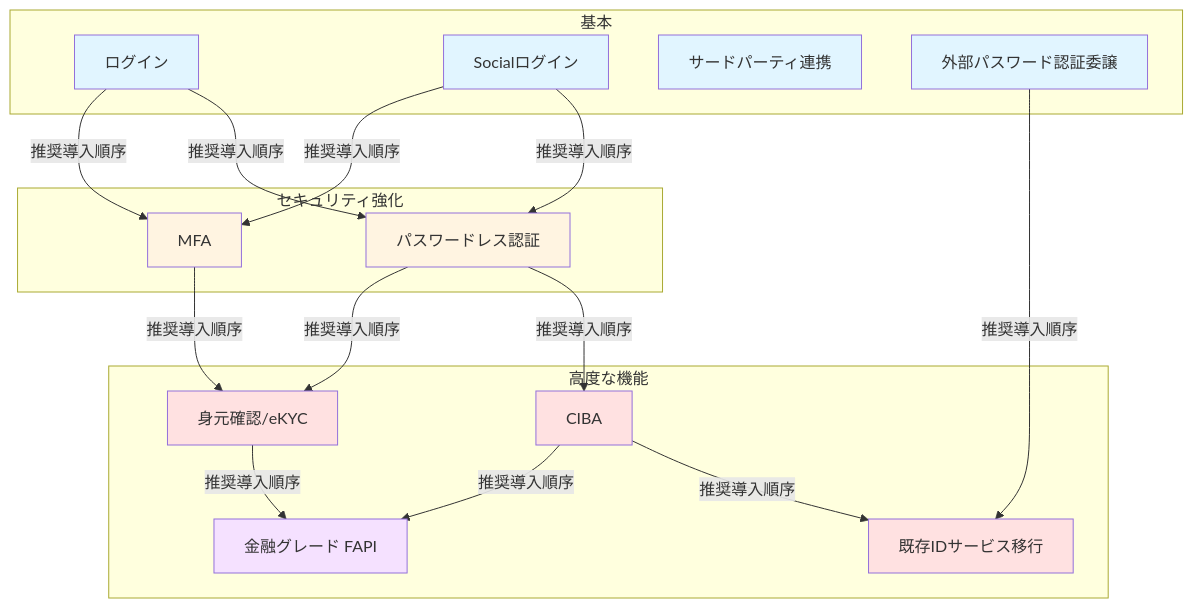
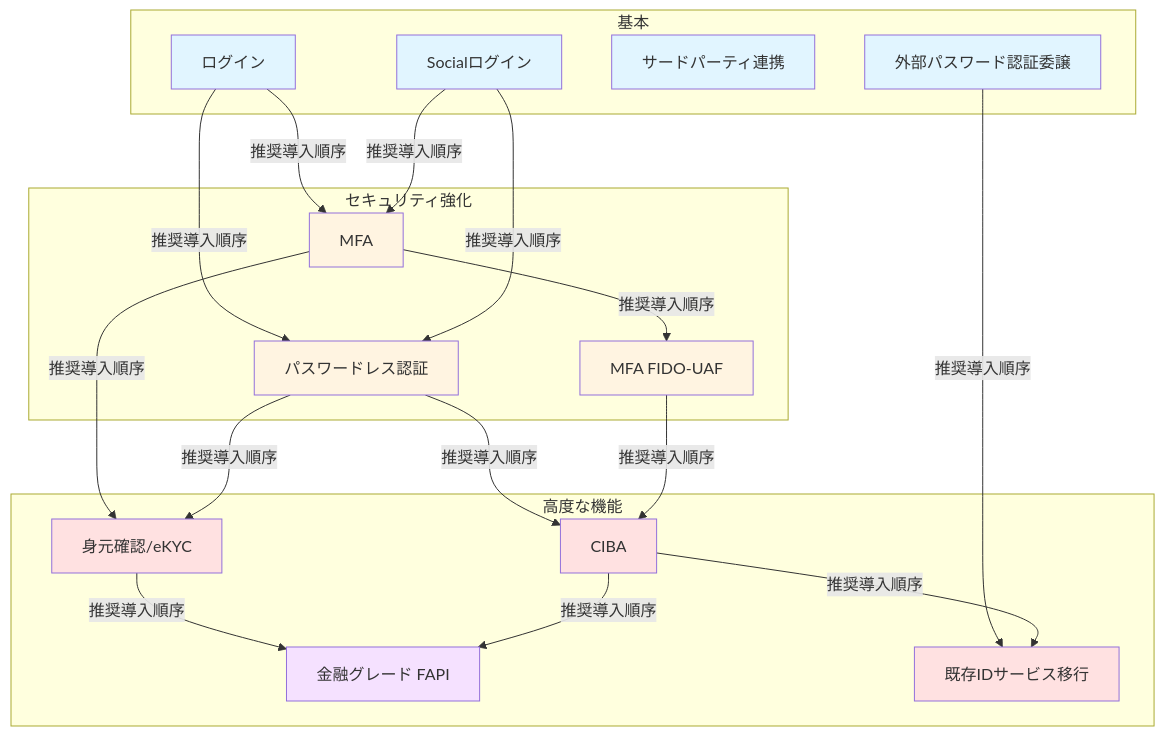
One commit to hirokazu-kobayashi-koba-hiro/idp-server changed the diagram in documentation/docs/content_02_quickstart/quickstart-03-common-use-cases.md. Above: the diagram before and after it, drawn with Mermaid. The commit also changed other lines of this file and 6 other files, not shown here.

First line of the commit message:
docs: FIDO-UAFドキュメント整備・use-case-mfa-fido-uafスキル追加

````diff
--- a/documentation/docs/content_02_quickstart/quickstart-03-common-use-cases.md
+++ b/documentation/docs/content_02_quickstart/quickstart-03-common-use-cases.md
@@ -11,44 +11,48 @@
 ```mermaid
 graph TB
     subgraph 基本
         A[ログイン]
         A2[Socialログイン]
         E[サードパーティ連携]
         F[外部パスワード認証委譲]
     end
 
     subgraph セキュリティ強化
         B[MFA]
         C[パスワードレス認証]
+        J[MFA FIDO-UAF]
     end
 
     subgraph 高度な機能
         D[身元確認/eKYC]
         G[CIBA]
         H[金融グレード FAPI]
         I[既存IDサービス移行]
     end
 
     A -->|推奨導入順序| B
     A -->|推奨導入順序| C
     A2 -->|推奨導入順序| B
     A2 -->|推奨導入順序| C
+    B -->|推奨導入順序| J
     B -->|推奨導入順序| D
     C -->|推奨導入順序| D
     C -->|推奨導入順序| G
+    J -->|推奨導入順序| G
     D -->|推奨導入順序| H
     G -->|推奨導入順序| H
     F -->|推奨導入順序| I
     G -->|推奨導入順序| I
 
     style A fill:#e1f5ff
     style A2 fill:#e1f5ff
     style E fill:#e1f5ff
     style B fill:#fff4e1
     style C fill:#fff4e1
+    style J fill:#fff4e1
     style F fill:#e1f5ff
     style D fill:#ffe1e1
     style G fill:#ffe1e1
     style H fill:#f5e1ff
     style I fill:#ffe1e1
 ```
````
